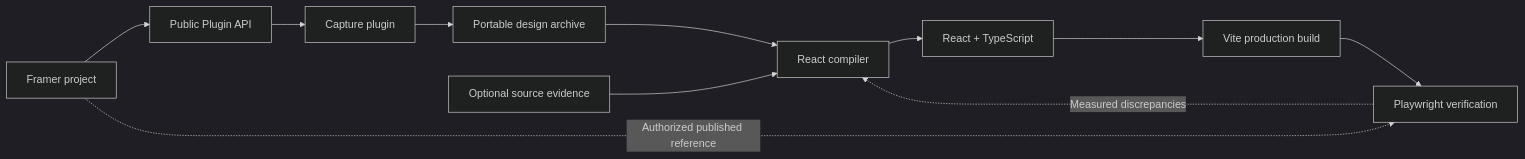
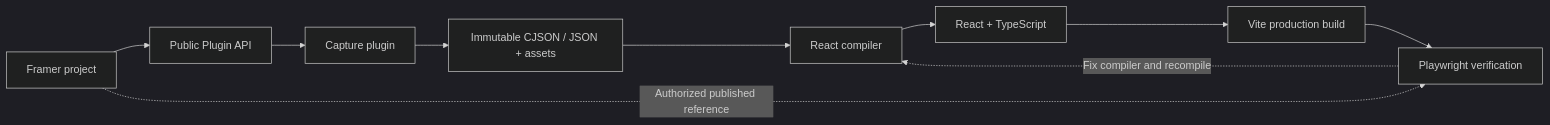
One commit to caleb-media-studio/framer-to-react changed the diagram in README.md. Above: the diagram before and after it, drawn with Mermaid (dark theme). The commit also changed other lines of this file and 33 other files, not shown here.

Commit message:
Separate immutable capture from compilation and standardize CJSON archives

````diff
--- a/README.md
+++ b/README.md
@@ -21,13 +21,12 @@
 ```mermaid
 flowchart LR
     A["Framer project"] --> B["Public Plugin API"]
     B --> C["Capture plugin"]
-    C --> D["Portable design archive"]
+    C --> D["Immutable CJSON / JSON + assets"]
     D --> E["React compiler"]
-    F["Optional source evidence"] --> E
     E --> G["React + TypeScript"]
     G --> H["Vite production build"]
     H --> I["Playwright verification"]
     A -. "Authorized published reference" .-> I
-    I -. "Measured discrepancies" .-> E
+    I -. "Fix compiler and recompile" .-> E
 ```
````
